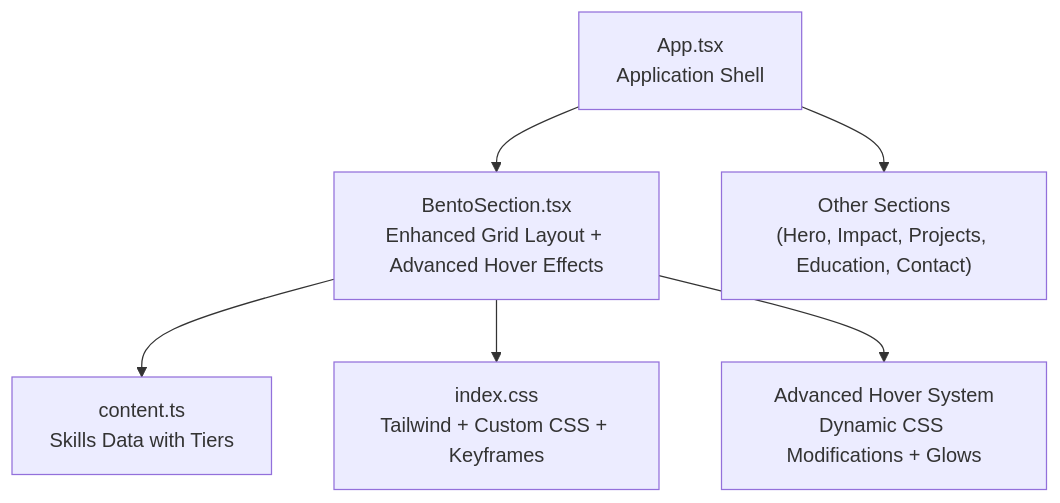
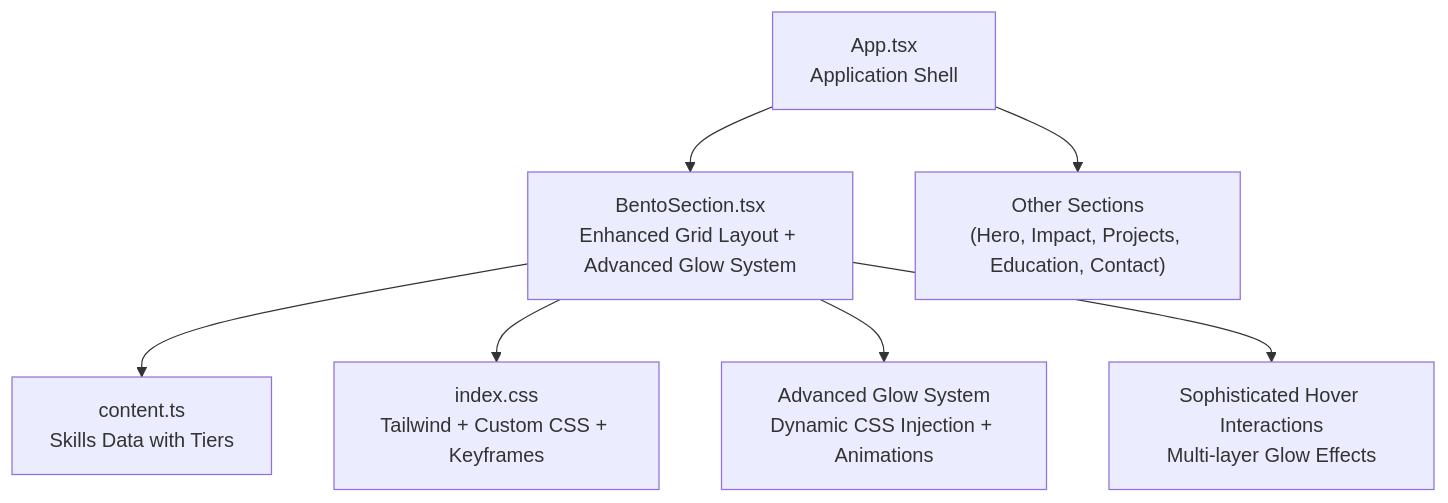
The first of 4 diagrams in .qoder/repowiki/en/content/Component Library & UI Elements/BentoSection Component.md (subash7781/Portfolio), drawn with Mermaid before and after one commit. The commit also changed other lines of this file and 9 other files, not shown here.

````diff
--- a/.qoder/repowiki/en/content/Component Library & UI Elements/BentoSection Component.md
+++ b/.qoder/repowiki/en/content/Component Library & UI Elements/BentoSection Component.md
@@ -39,8 +38,9 @@
 ```mermaid
 graph TB
-App["App.tsx<br/>Application Shell"] --> Bento["BentoSection.tsx<br/>Enhanced Grid Layout + Advanced Hover Effects"]
+App["App.tsx<br/>Application Shell"] --> Bento["BentoSection.tsx<br/>Enhanced Grid Layout + Advanced Glow System"]
 Bento --> Content["content.ts<br/>Skills Data with Tiers"]
 Bento --> Styles["index.css<br/>Tailwind + Custom CSS + Keyframes"]
-Bento --> HoverEffects["Advanced Hover System<br/>Dynamic CSS Modifications + Glows"]
+Bento --> GlowSystem["Advanced Glow System<br/>Dynamic CSS Injection + Animations"]
+Bento --> HoverEffects["Sophisticated Hover Interactions<br/>Multi-layer Glow Effects"]
 App --> OtherSections["Other Sections<br/>(Hero, Impact, Projects, Education, Contact)"]
 ```
````
